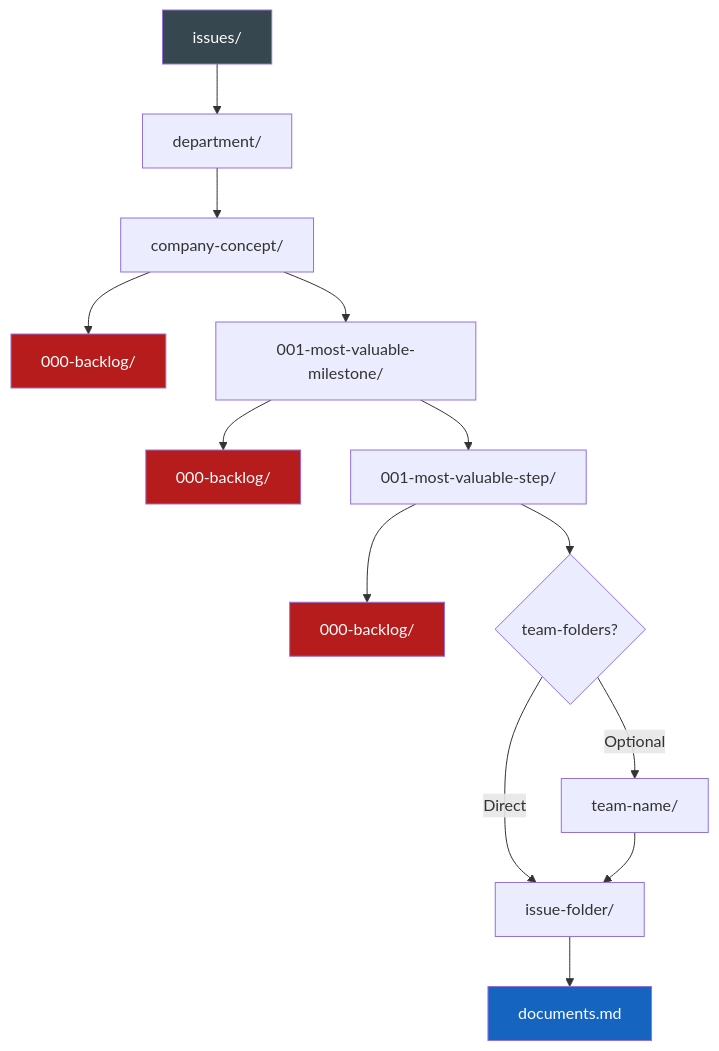
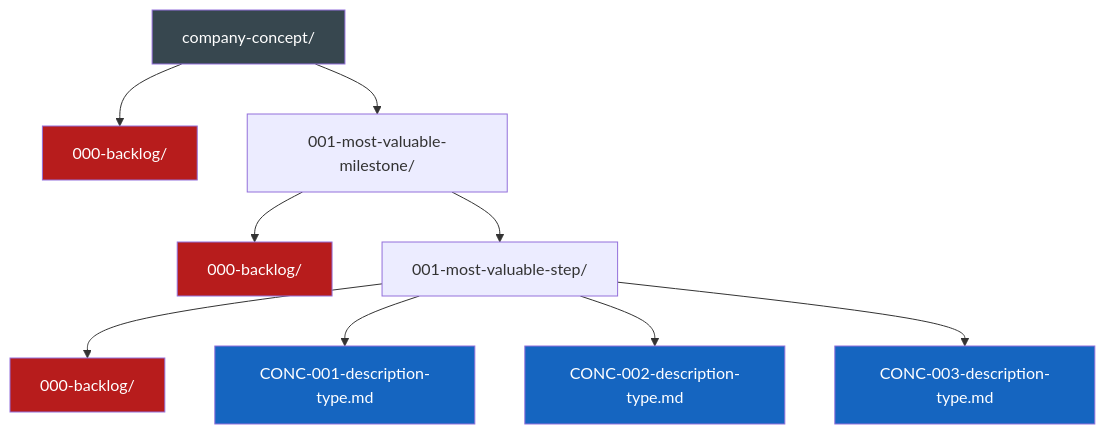
Before and after one commit to its-brianwithai/pew-pew-plx: the sixth of 9 diagrams in README.md, drawn with Mermaid. The commit also changed other lines of this file and 9 other files, not shown here.

First line of the commit message:
[PPW] Rename and restructure to Most Valuable Project Management

````diff
--- a/README.md
+++ b/README.md
@@ -533,21 +550,19 @@
 ```mermaid
 graph TD
-    A[issues/] --> B[department/]
-    B --> C[company-concept/]
+    A[company-concept/] --> B[000-backlog/]
+    A --> C[001-most-valuable-milestone/]
     C --> D[000-backlog/]
-    C --> E[001-most-valuable-milestone/]
+    C --> E[001-most-valuable-step/]
     E --> F[000-backlog/]
-    E --> G[001-most-valuable-step/]
-    G --> H[000-backlog/]
-    G --> I{team-folders?}
-    I -->|Optional| J[team-name/]
-    I -->|Direct| K[issue-folder/]
-    J --> K
-    K --> L[documents.md]
+    E --> G[CONC-001-description-type.md]
+    E --> H[CONC-002-description-type.md]
+    E --> I[CONC-003-description-type.md]
     
     style A fill:#37474f,color:#fff
+    style B fill:#b71c1c,color:#fff
     style D fill:#b71c1c,color:#fff
     style F fill:#b71c1c,color:#fff
-    style H fill:#b71c1c,color:#fff
-    style L fill:#1565c0,color:#fff
+    style G fill:#1565c0,color:#fff
+    style H fill:#1565c0,color:#fff
+    style I fill:#1565c0,color:#fff
 ```
````
